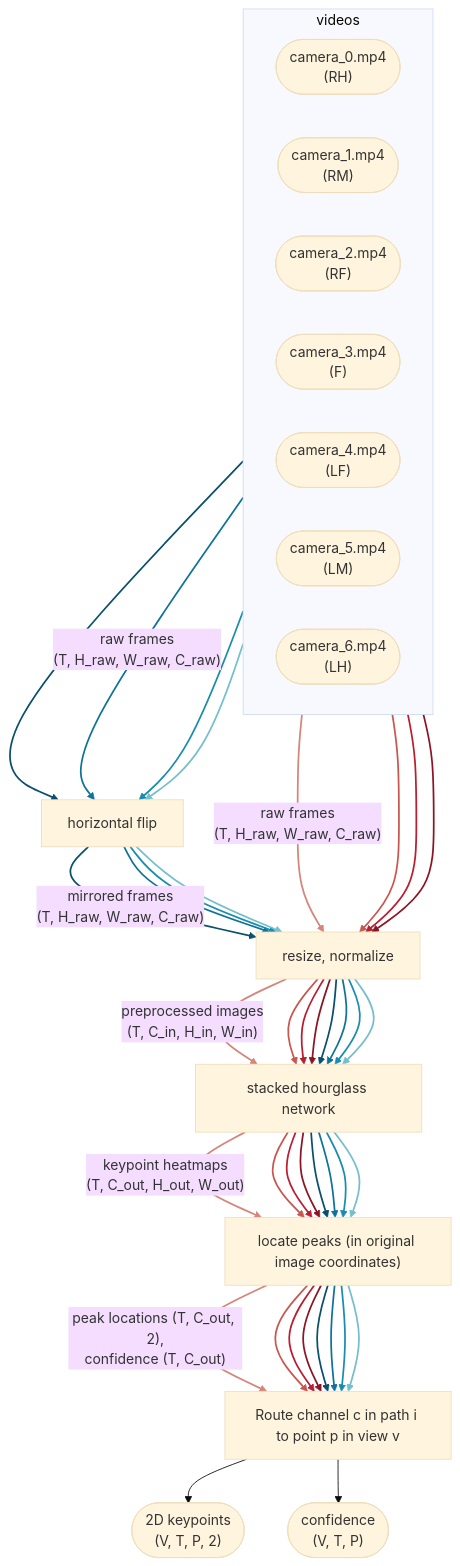
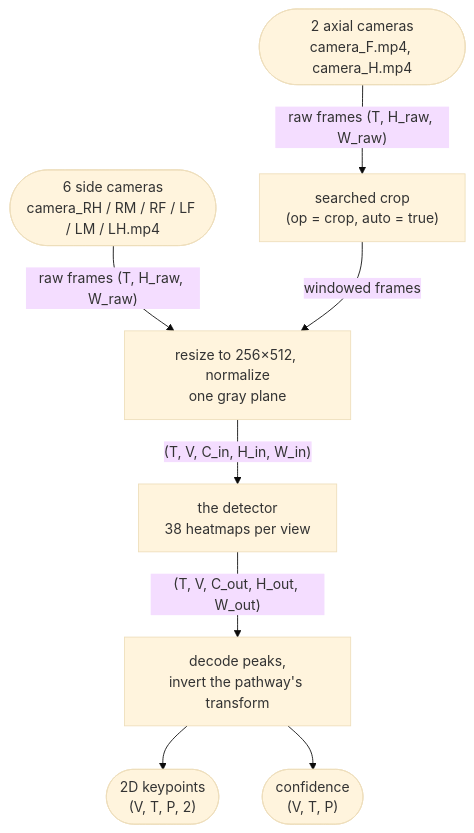
One commit to NeLy-EPFL/deeperfly changed the first of 2 diagrams in docs/explanation/pipeline.md. Above: the diagram before and after it, drawn with Mermaid (base theme). The commit also changed other lines of this file and 17 other files, not shown here.

````diff
--- a/docs/explanation/pipeline.md
+++ b/docs/explanation/pipeline.md
@@ -29,74 +75,21 @@
 ```mermaid
 flowchart TD
-  subgraph SRC["videos"]
-    direction LR
-    c0(["camera_0.mp4<br>(RH)"])
-    c1(["camera_1.mp4<br>(RM)"])
-    c2(["camera_2.mp4<br>(RF)"])
-    c3(["camera_3.mp4<br>(F)"])
-    c4(["camera_4.mp4<br>(LF)"])
-    c5(["camera_5.mp4<br>(LM)"])
-    c6(["camera_6.mp4<br>(LH)"])
-  end
+  side(["6 side cameras<br>camera_RH / RM / RF / LF / LM / LH.mp4"])
+  axial(["2 axial cameras<br>camera_F.mp4, camera_H.mp4"])
 
-  fl["horizontal flip"]
-  rz["resize, normalize"]
+  crop["searched crop<br>(op = crop, auto = true)"]
+  prep["resize to 256×512, normalize<br>one gray plane"]
+  net["the detector<br>38 heatmaps per view"]
+  peak["decode peaks,<br>invert the pathway's transform"]
 
-  c0 -->|"raw frames<br>(T, H_raw, W_raw, C_raw)"| rz
-  c1 --> rz
-  c2 --> rz
-  c3 --> rz
-  c3 --> fl
-  c4 -->|"raw frames<br>(T, H_raw, W_raw, C_raw)"| fl
-  c5 --> fl
-  c6 --> fl
+  out(["2D keypoints<br>(V, T, P, 2)"])
+  conf(["confidence<br>(V, T, P)"])
 
-  fl -->|"mirrored frames<br>(T, H_raw, W_raw, C_raw)"| rz
-  fl --> rz
-  fl --> rz
-  fl --> rz
-
-  net["stacked hourglass network"]
-  rz -->|"preprocessed images<br>(T, C_in, H_in, W_in)"| net
-  rz --> net
-  rz --> net
-  rz --> net
-  rz --> net
-  rz --> net
-  rz --> net
-  rz --> net
-
-  am["locate peaks (in original image coordinates)"]
-  net -->|"keypoint heatmaps<br>(T, C_out, H_out, W_out)"| am
-  net --> am
-  net --> am
-  net --> am
-  net --> am
-  net --> am
-  net --> am
-  net --> am
-
-  sc["Route channel c in path i to point p in view v"]
-  am -->|"peak locations (T, C_out, 2),<br>confidence (T, C_out)"| sc
-  am --> sc
-  am --> sc
-  am --> sc
-  am --> sc
-  am --> sc
-  am --> sc
-  am --> sc
-
-  sc --> out(["2D keypoints<br>(V, T, P, 2)"])
-  sc --> out2(["confidence<br>(V, T, P)"])
-
-  %% one color per pathway (skeleton limb_palette): right=reds, left=blues,
-  %% front camera's two lanes in the right/left antenna shades.
-  linkStyle 0,12,20,28 stroke:#d58579,stroke-width:2px
-  linkStyle 1,13,21,29 stroke:#c9564f,stroke-width:2px
-  linkStyle 2,14,22,30 stroke:#ba1e31,stroke-width:2px
-  linkStyle 3,15,23,31 stroke:#8c1525,stroke-width:2px
-  linkStyle 4,8,16,24,32 stroke:#0a4f6b,stroke-width:2px
-  linkStyle 5,9,17,25,33 stroke:#0f7399,stroke-width:2px
-  linkStyle 6,10,18,26,34 stroke:#1a8daf,stroke-width:2px
-  linkStyle 7,11,19,27,35 stroke:#75becb,stroke-width:2px
+  side -->|"raw frames (T, H_raw, W_raw)"| prep
+  axial -->|"raw frames (T, H_raw, W_raw)"| crop
+  crop -->|"windowed frames"| prep
+  prep -->|"(T, V, C_in, H_in, W_in)"| net
+  net -->|"(T, V, C_out, H_out, W_out)"| peak
+  peak --> out
+  peak --> conf
 ```
````
